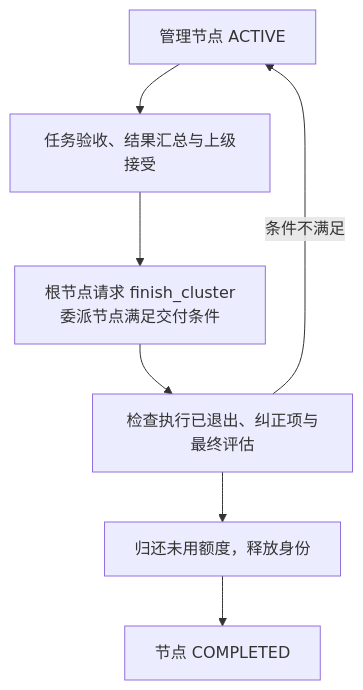
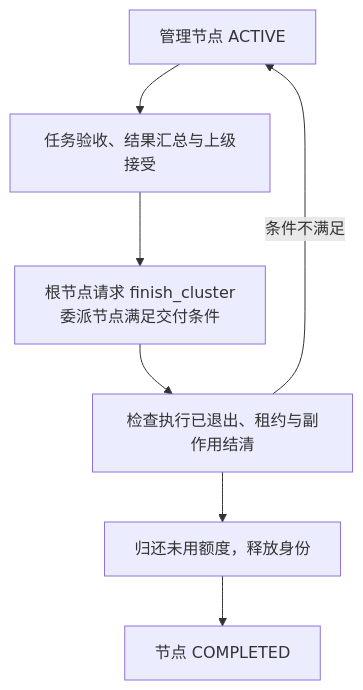
One commit to Luohaothu/dsh-flow changed the third of 3 diagrams in docs/design/hierarchy.md. Above: the diagram before and after it, drawn with Mermaid. The commit also changed other lines of this file and 160 other files, not shown here.

````diff
--- a/docs/design/hierarchy.md
+++ b/docs/design/hierarchy.md
@@ -83,9 +82,9 @@
 ```mermaid
 flowchart TD
     Active["管理节点 ACTIVE"] --> Deliver["任务验收、结果汇总与上级接受"]
     Deliver --> Request["根节点请求 finish_cluster<br/>委派节点满足交付条件"]
-    Request --> Check["检查执行已退出、纠正项与最终评估"]
+    Request --> Check["检查执行已退出、租约与副作用结清"]
     Check --> Release["归还未用额度，释放身份"]
     Release --> Complete["节点 COMPLETED"]
     Check -->|条件不满足| Active
 ```
````
